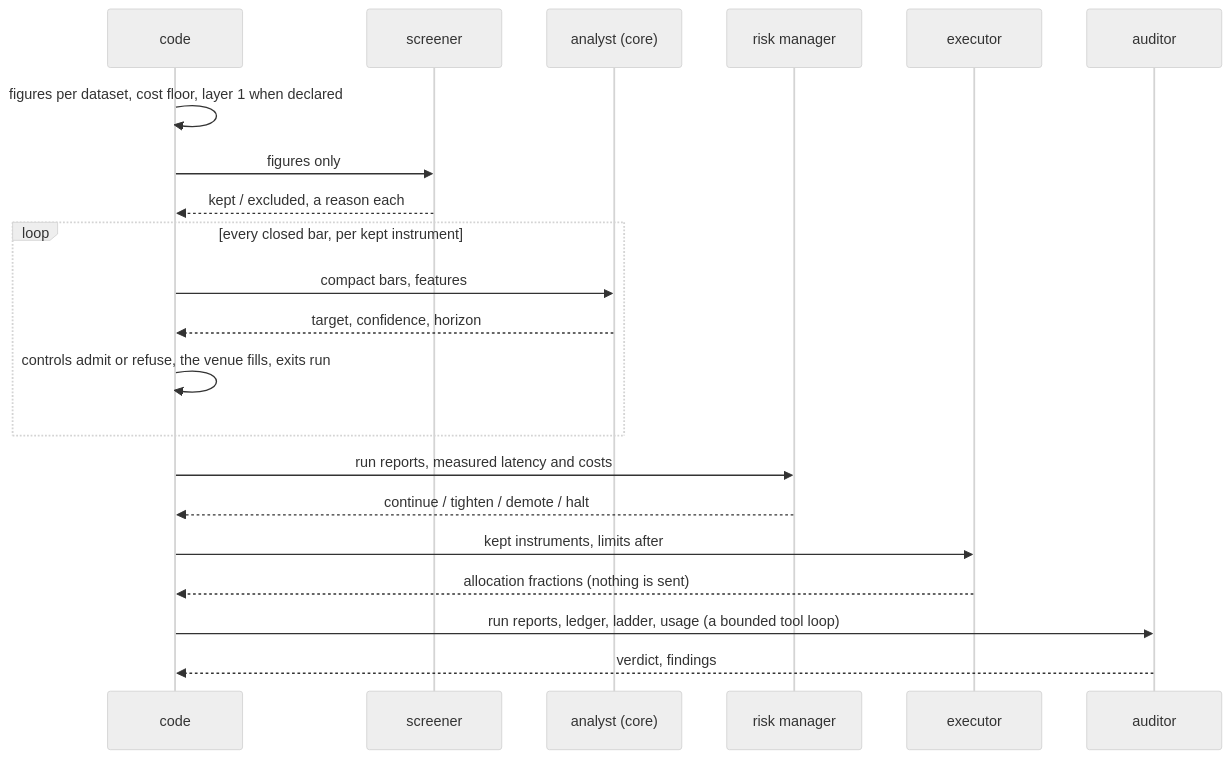
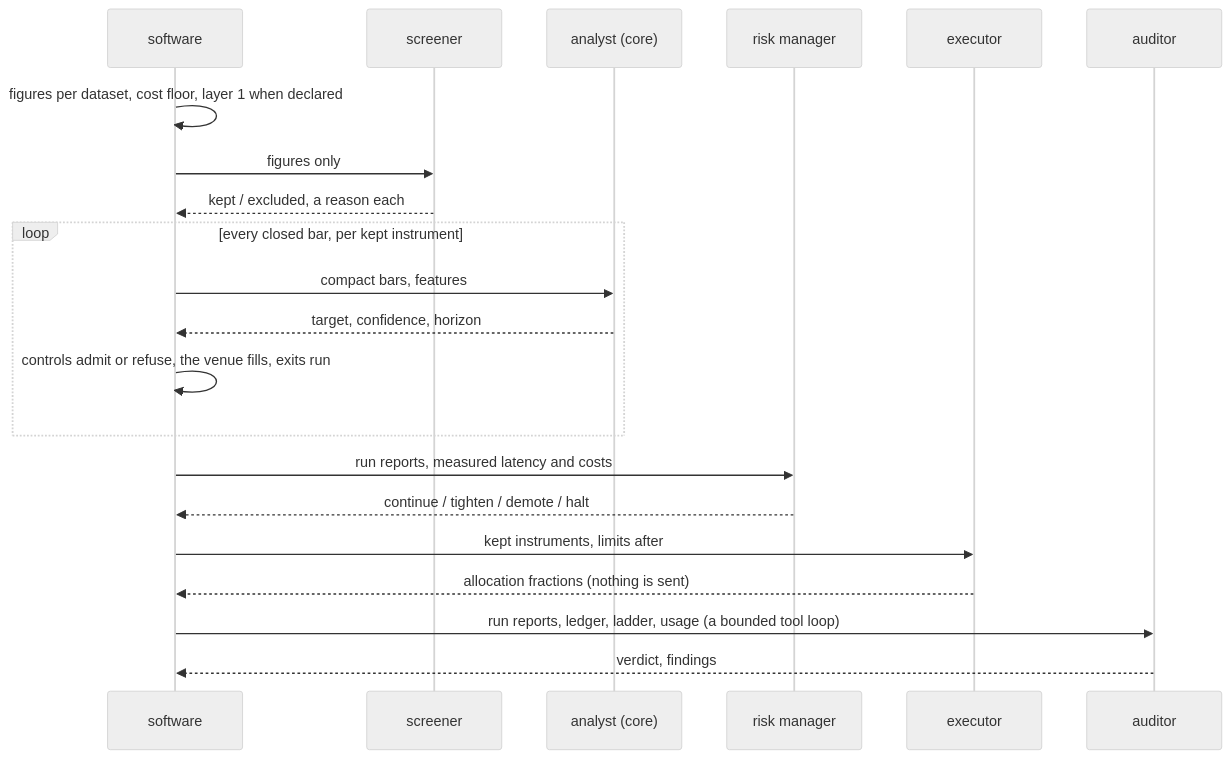
The diagram in docs/opensource/architecture.md (BijectiveLabs/bitra), drawn with Mermaid (neutral theme) before and after one commit. The commit also changed other lines of this file and 26 other files, not shown here.

Commit message:
Say "the software" instead of "code" in docs, templates and console

````diff
--- a/docs/opensource/architecture.md
+++ b/docs/opensource/architecture.md
@@ -84,23 +84,23 @@
 ```mermaid
 sequenceDiagram
-    participant C as code
+    participant C as software
     participant S as screener
     participant A as analyst (core)
     participant R as risk manager
     participant E as executor
     participant U as auditor
     C->>C: figures per dataset, cost floor, layer 1 when declared
     C->>S: figures only
     S-->>C: kept / excluded, a reason each
     loop every closed bar, per kept instrument
         C->>A: compact bars, features
         A-->>C: target, confidence, horizon
         C->>C: controls admit or refuse, the venue fills, exits run
     end
     C->>R: run reports, measured latency and costs
     R-->>C: continue / tighten / demote / halt
     C->>E: kept instruments, limits after
     E-->>C: allocation fractions (nothing is sent)
     C->>U: run reports, ledger, ladder, usage (a bounded tool loop)
     U-->>C: verdict, findings
 ```
````
